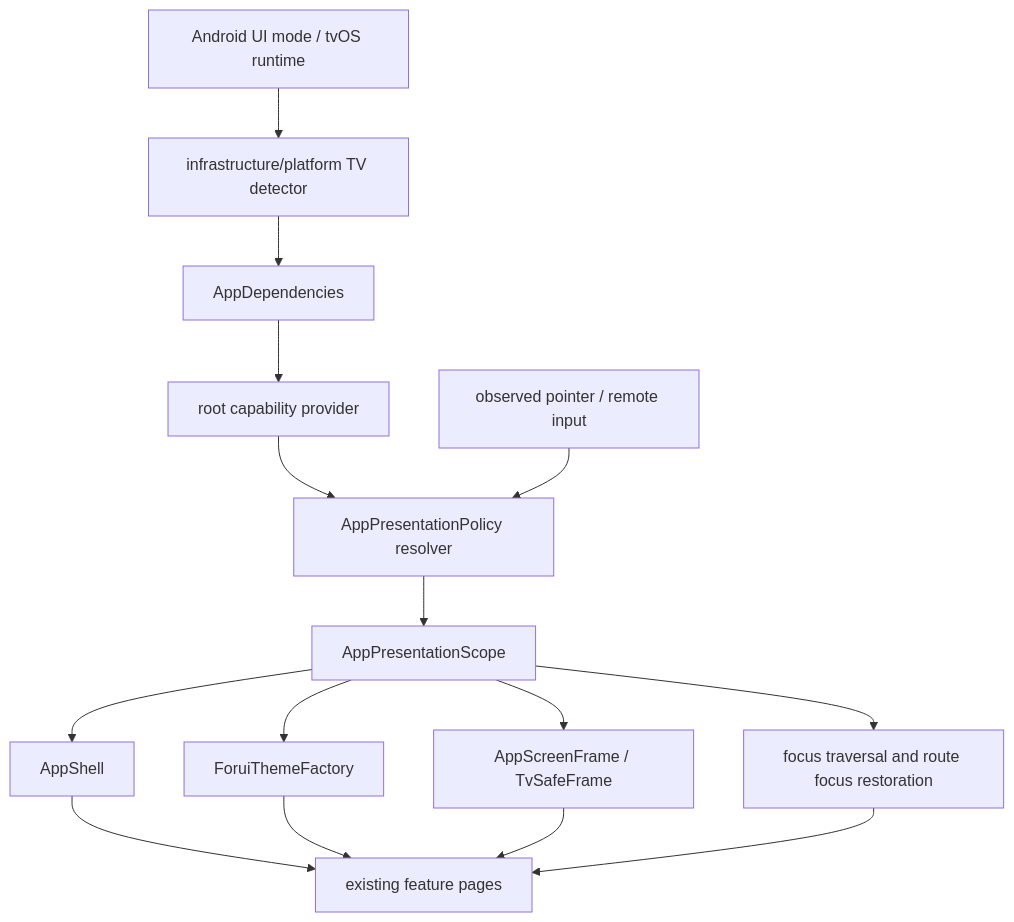
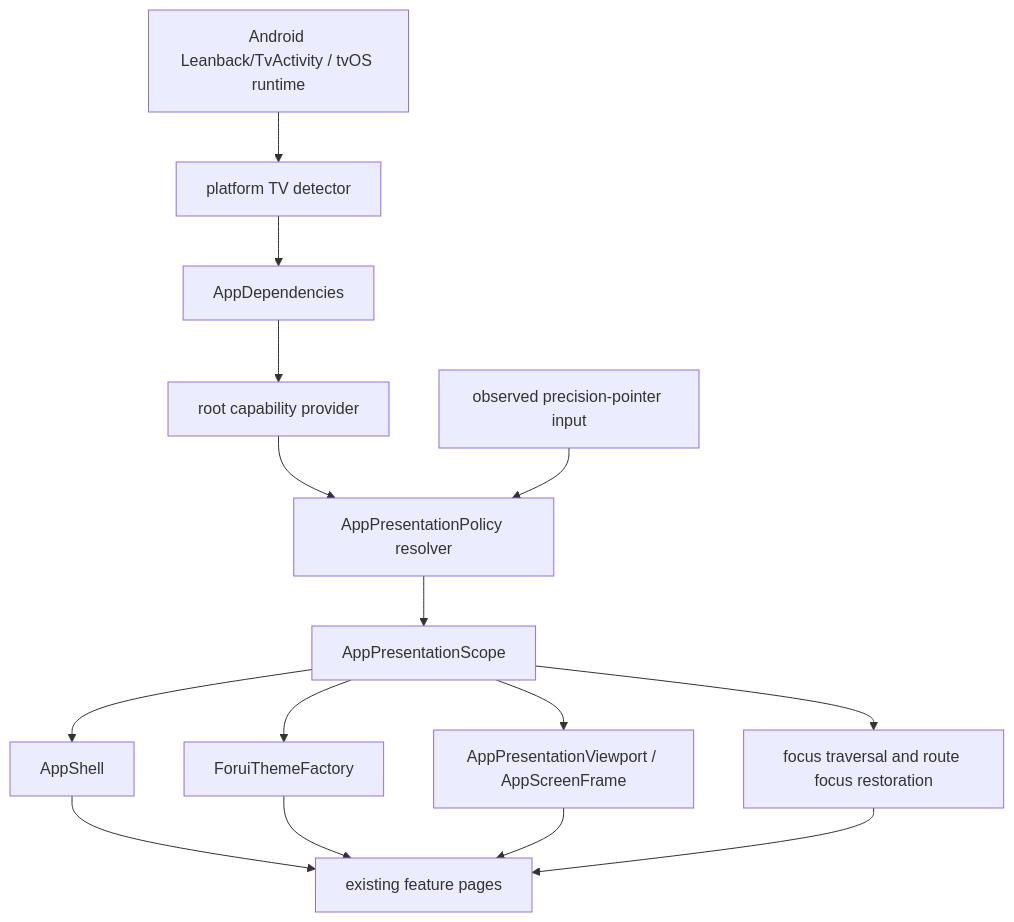
Before and after one commit to hmziqrs/flutter-starter: the diagram in plans/tv_platform_support.md, drawn with Mermaid. The commit also changed other lines of this file and 40 other files, not shown here.

````diff
--- a/plans/tv_platform_support.md
+++ b/plans/tv_platform_support.md
@@ -238,17 +239,17 @@
 ```mermaid
 flowchart TD
-    Native["Android UI mode / tvOS runtime"] --> Adapter["infrastructure/platform TV detector"]
+    Native["Android Leanback/TvActivity / tvOS runtime"] --> Adapter["platform TV detector"]
     Adapter --> Dependencies["AppDependencies"]
     Dependencies --> Provider["root capability provider"]
     Provider --> Policy["AppPresentationPolicy resolver"]
-    Input["observed pointer / remote input"] --> Policy
+    Input["observed precision-pointer input"] --> Policy
     Policy --> Scope["AppPresentationScope"]
     Scope --> Theme["ForuiThemeFactory"]
     Scope --> Shell["AppShell"]
-    Scope --> Frame["AppScreenFrame / TvSafeFrame"]
+    Scope --> Frame["AppPresentationViewport / AppScreenFrame"]
     Scope --> Focus["focus traversal and route focus restoration"]
     Shell --> Features["existing feature pages"]
     Theme --> Features
     Frame --> Features
     Focus --> Features
 ```
````
